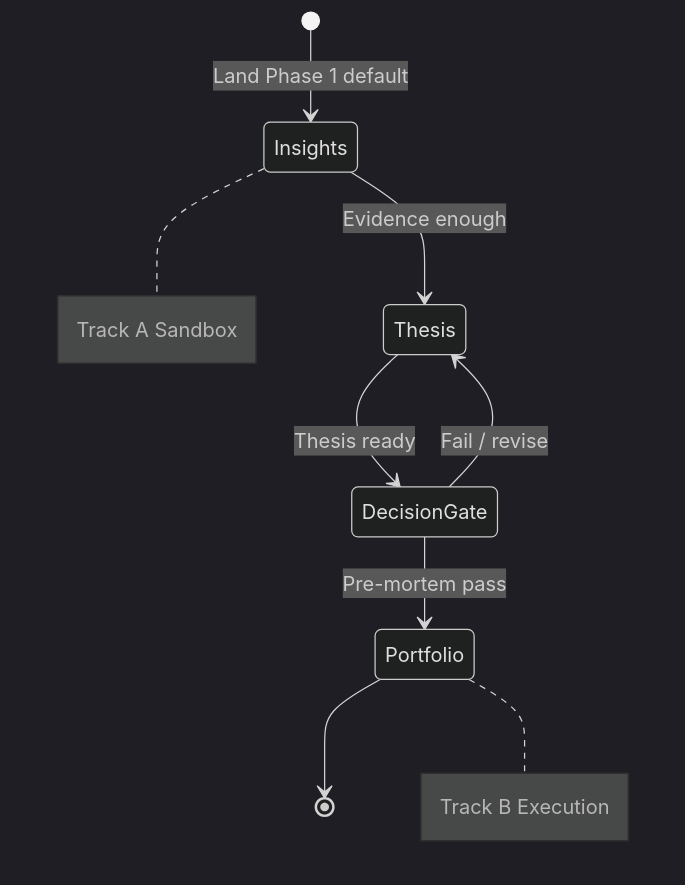
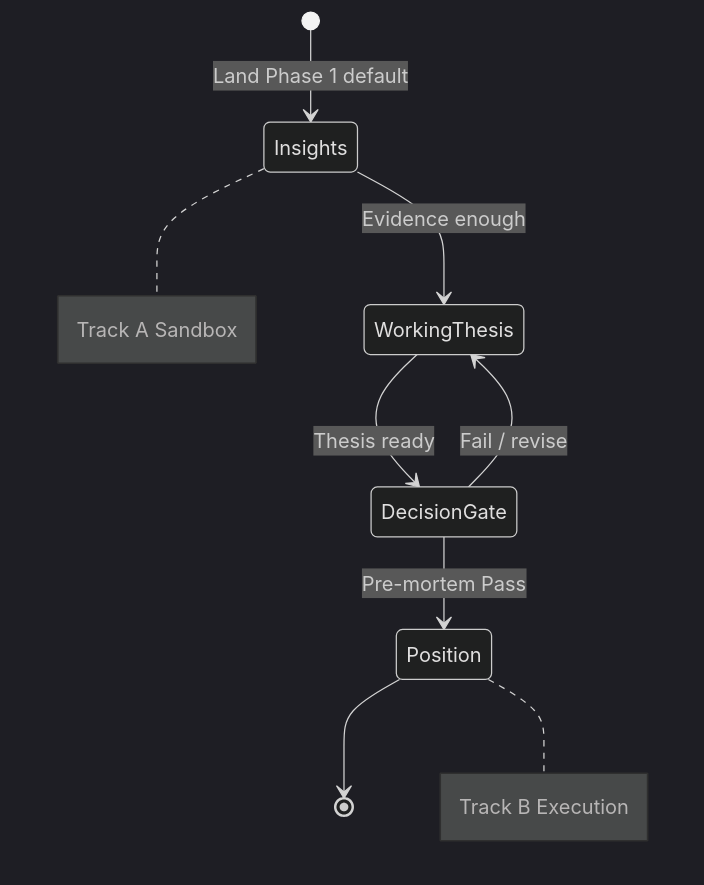
One commit to d-dragon/dp-stock-investment-assistant changed the fifth of 6 diagrams in docs/system/CONCEPTUAL_IA_MAP.md. Above: the diagram before and after it, drawn with Mermaid (dark theme). The commit also changed other lines of this file and 4 other files, not shown here.

First line of the commit message:
docs(product): align spec, IA with user journeys and wireframes.  Preserves the core pass-or-revise investment model.

````diff
--- a/docs/system/CONCEPTUAL_IA_MAP.md
+++ b/docs/system/CONCEPTUAL_IA_MAP.md
@@ -234,11 +245,11 @@
 ```mermaid
 stateDiagram-v2
   [*] --> Insights: Land Phase 1 default
-  Insights --> Thesis: Evidence enough
-  Thesis --> DecisionGate: Thesis ready
-  DecisionGate --> Portfolio: Pre-mortem pass
-  DecisionGate --> Thesis: Fail / revise
-  Portfolio --> [*]
+  Insights --> WorkingThesis: Evidence enough
+  WorkingThesis --> DecisionGate: Thesis ready
+  DecisionGate --> Position: Pre-mortem Pass
+  DecisionGate --> WorkingThesis: Fail / revise
+  Position --> [*]
   note right of Insights: Track A Sandbox
-  note right of Portfolio: Track B Execution
+  note right of Position: Track B Execution
 ```
````
